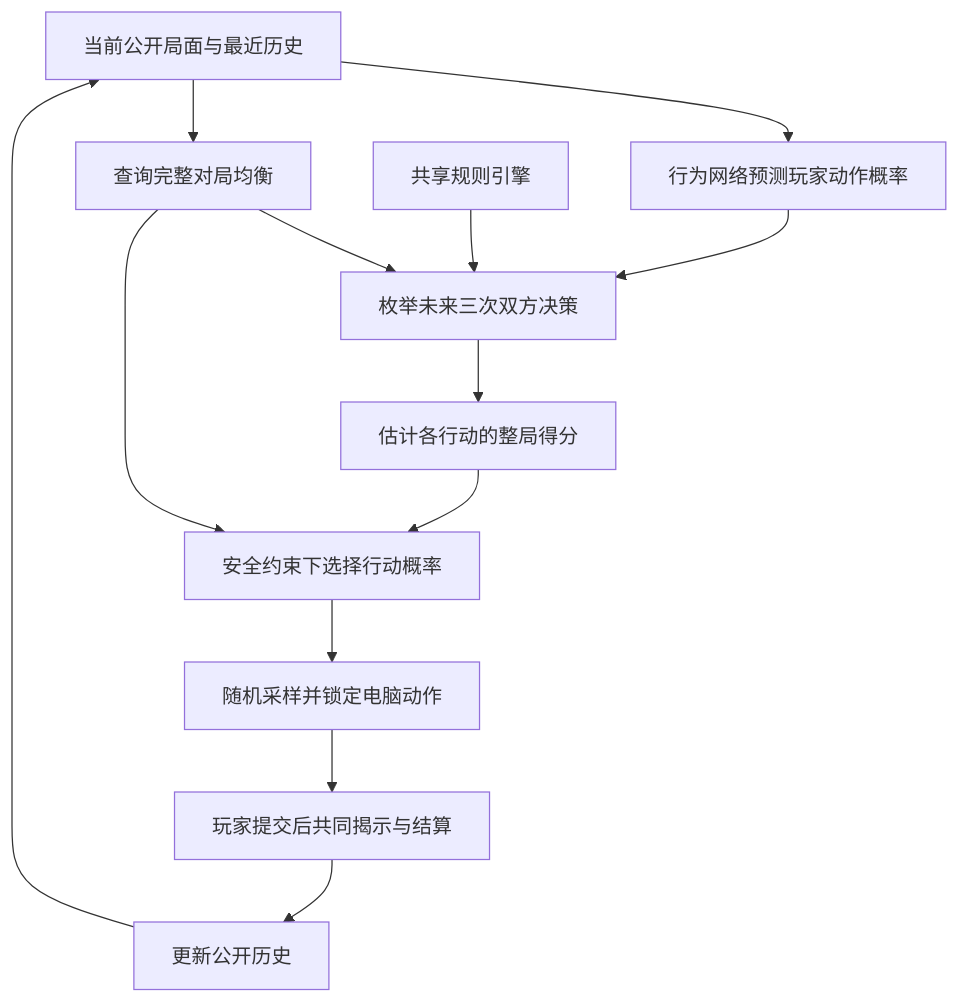
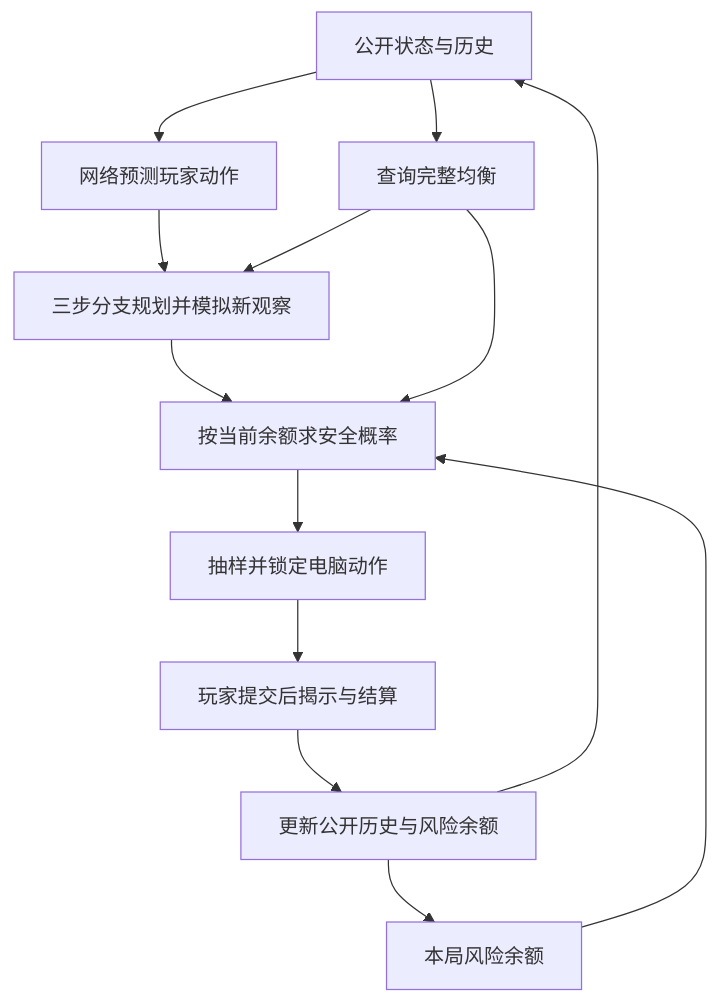
Before and after one commit to tao3126786377/xinbuniuzai-web: the diagram in 完整模式AI模型说明.md, drawn with Mermaid. The commit also changed other lines of this file and 1 other file, not shown here.

````diff
--- a/完整模式AI模型说明.md
+++ b/完整模式AI模型说明.md
@@ -26,15 +281,15 @@
 ```mermaid
 flowchart TD
-    A[当前公开局面与最近历史] --> B[行为网络预测玩家动作概率]
-    A --> C[查询完整对局均衡]
-    B --> D[枚举未来三次双方决策]
+    A[公开状态与历史] --> B[网络预测玩家动作]
+    A --> C[查询完整均衡]
+    B --> D[三步分支规划并模拟新观察]
     C --> D
-    E[共享规则引擎] --> D
-    D --> F[估计各行动的整局得分]
-    C --> G[安全约束下选择行动概率]
-    F --> G
-    G --> H[随机采样并锁定电脑动作]
-    H --> I[玩家提交后共同揭示与结算]
-    I --> J[更新公开历史]
-    J --> A
+    D --> E[按当前余额求安全概率]
+    C --> E
+    R[本局风险余额] --> E
+    E --> F[抽样并锁定电脑动作]
+    F --> G[玩家提交后揭示与结算]
+    G --> H[更新公开历史与风险余额]
+    H --> A
+    H --> R
 ```
````
